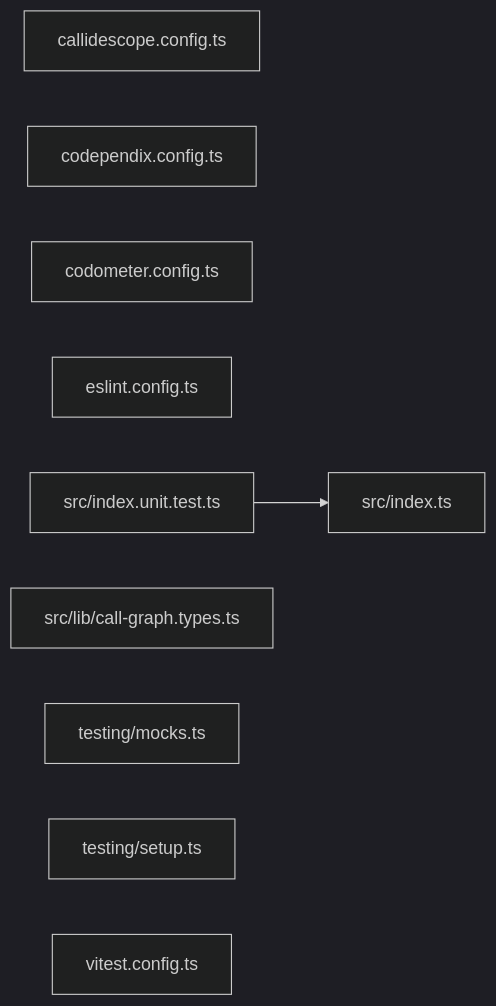
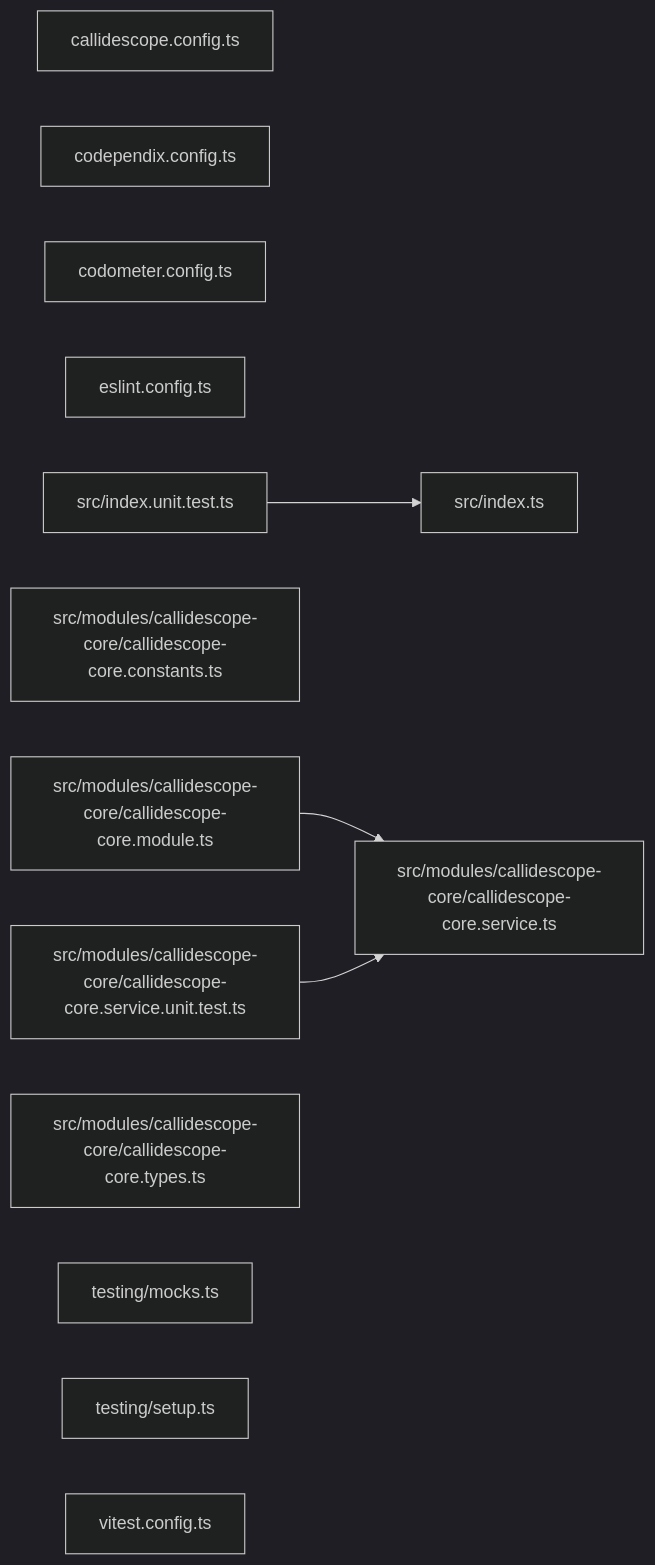
Before and after one commit to JimmyPaolini/codebase: the third of 3 diagrams in packages/ic-suite/callidescope/callidescope-core/README.md, drawn with Mermaid (dark theme). The commit also changed other lines of this file and 17 other files, not shown here.

````diff
--- a/packages/ic-suite/callidescope/callidescope-core/README.md
+++ b/packages/ic-suite/callidescope/callidescope-core/README.md
@@ -66,14 +77,20 @@
 ```mermaid
 graph LR
   file_callidescope_config_ts["callidescope.config.ts"]
   file_codependix_config_ts["codependix.config.ts"]
   file_codometer_config_ts["codometer.config.ts"]
   file_eslint_config_ts["eslint.config.ts"]
   file_src_index_ts["src/index.ts"]
   file_src_index_unit_test_ts["src/index.unit.test.ts"]
-  file_src_lib_call_graph_types_ts["src/lib/call-graph.types.ts"]
+  file_src_modules_callidescope_core_callidescope_core_constants_ts["src/modules/callidescope-core/callidescope-core.constants.ts"]
+  file_src_modules_callidescope_core_callidescope_core_module_ts["src/modules/callidescope-core/callidescope-core.module.ts"]
+  file_src_modules_callidescope_core_callidescope_core_service_ts["src/modules/callidescope-core/callidescope-core.service.ts"]
+  file_src_modules_callidescope_core_callidescope_core_service_unit_test_ts["src/modules/callidescope-core/callidescope-core.service.unit.test.ts"]
+  file_src_modules_callidescope_core_callidescope_core_types_ts["src/modules/callidescope-core/callidescope-core.types.ts"]
   file_testing_mocks_ts["testing/mocks.ts"]
   file_testing_setup_ts["testing/setup.ts"]
   file_vitest_config_ts["vitest.config.ts"]
   file_src_index_unit_test_ts --> file_src_index_ts
+  file_src_modules_callidescope_core_callidescope_core_module_ts --> file_src_modules_callidescope_core_callidescope_core_service_ts
+  file_src_modules_callidescope_core_callidescope_core_service_unit_test_ts --> file_src_modules_callidescope_core_callidescope_core_service_ts
 ```
````
